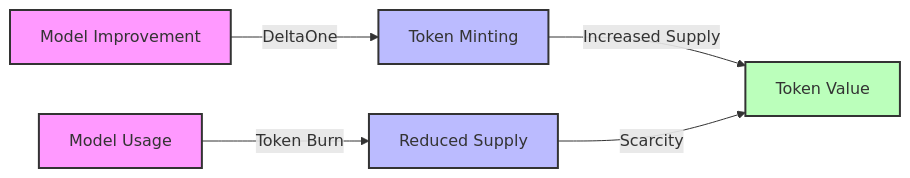
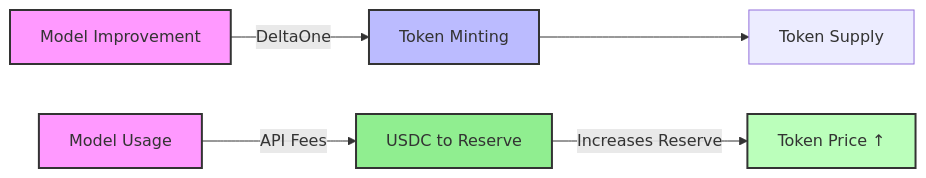
One commit to Hokusai-protocol/hokusai-docs changed the diagram in docs/docs/tokenomics/token-value.md. Above: the diagram before and after it, drawn with Mermaid. The commit also changed other lines of this file and 14 other files, not shown here.

First line of the commit message:
Update token value mechanics to reflect AMM fee-to-reserve model

````diff
--- a/docs/docs/tokenomics/token-value.md
+++ b/docs/docs/tokenomics/token-value.md
@@ -10,12 +10,12 @@
 ```mermaid
 graph LR
     A[Model Improvement] -->|DeltaOne| B[Token Minting]
-    B -->|Increased Supply| C[Token Value]
-    D[Model Usage] -->|Token Burn| E[Reduced Supply]
-    E -->|Scarcity| C
+    B --> C[Token Supply]
+    D[Model Usage] -->|API Fees| E[USDC to Reserve]
+    E -->|Increases Reserve| F[Token Price ↑]
     style A fill:#f9f,stroke:#333,stroke-width:2px
     style B fill:#bbf,stroke:#333,stroke-width:2px
-    style C fill:#bfb,stroke:#333,stroke-width:2px
     style D fill:#f9f,stroke:#333,stroke-width:2px
-    style E fill:#bbf,stroke:#333,stroke-width:2px
+    style E fill:#90EE90,stroke:#333,stroke-width:2px
+    style F fill:#bfb,stroke:#333,stroke-width:2px
 ```
````
